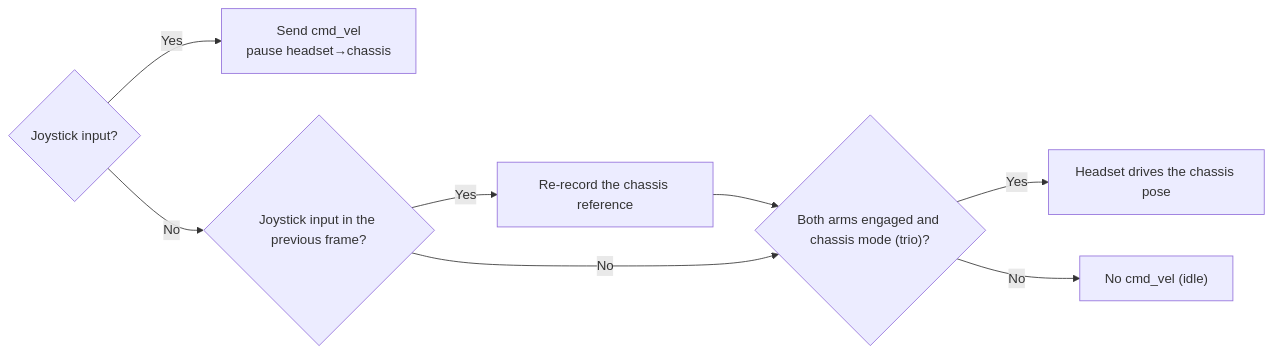
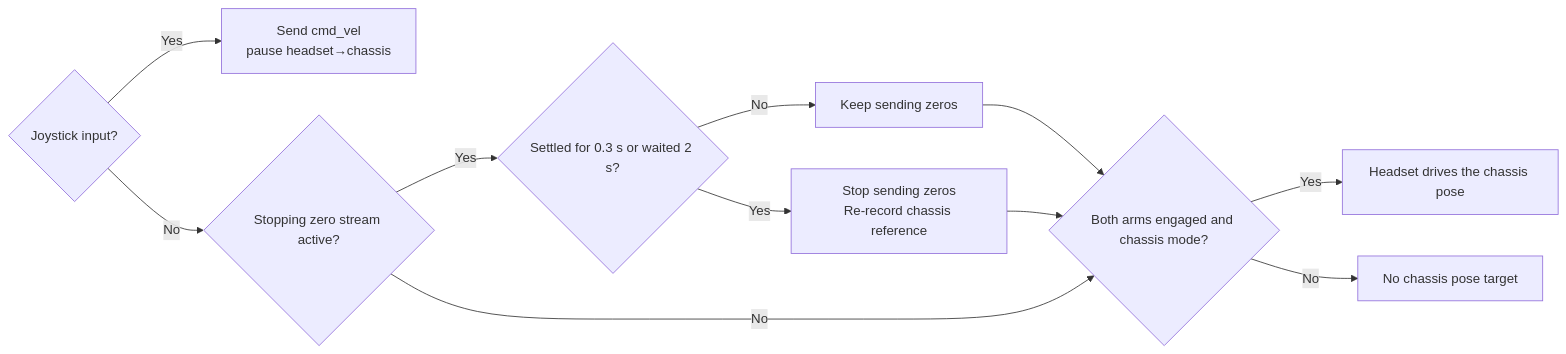
The fourth of 6 diagrams in lookie_teleop/docs/vr_teleop_dev_design.md (AgilexOpensource/lookie_ros), drawn with Mermaid before and after one commit. The commit also changed other lines of this file and 23 other files, not shown here.

````diff
--- a/lookie_teleop/docs/vr_teleop_dev_design.md
+++ b/lookie_teleop/docs/vr_teleop_dev_design.md
@@ -218,9 +219,11 @@
 ```mermaid
 flowchart LR
     S{"Joystick input?"} -- "Yes" --> J["Send cmd_vel<br/>pause headset→chassis"]
-    S -- "No" --> W{"Joystick input in the previous frame?"}
-    W -- "Yes" --> R["Re-record the chassis reference"] --> H
-    W -- "No" --> H{"Both arms engaged and chassis mode (trio)?"}
+    S -- "No" --> W{"Stopping zero stream active?"}
+    W -- "Yes" --> Q{"Settled for 0.3 s or waited 2 s?"}
+    Q -- "No" --> V["Keep sending zeros"] --> H
+    Q -- "Yes" --> R["Stop sending zeros<br/>Re-record chassis reference"] --> H
+    W -- "No" --> H{"Both arms engaged and chassis mode?"}
     H -- "Yes" --> P["Headset drives the chassis pose"]
-    H -- "No" --> Z["No cmd_vel (idle)"]
+    H -- "No" --> Z["No chassis pose target"]
 ```
````
